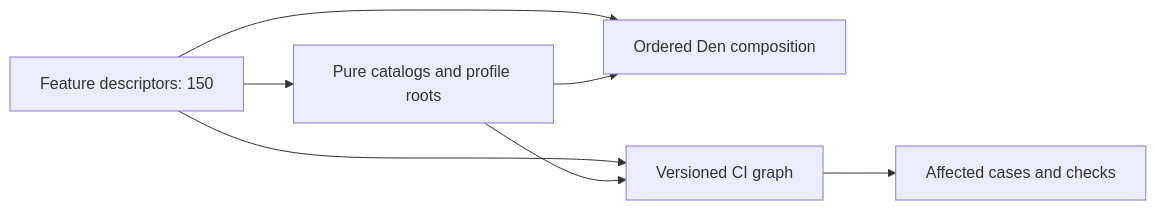
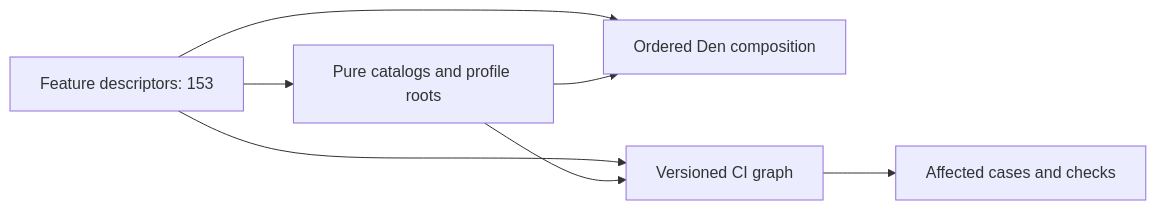
One commit to closure-labs/foundation changed the diagram in docs/ARCHITECTURE.md. Above: the diagram before and after it, drawn with Mermaid. The commit also changed other lines of this file and 20 other files, not shown here.

````diff
--- a/docs/ARCHITECTURE.md
+++ b/docs/ARCHITECTURE.md
@@ -4,9 +4,9 @@
 ```mermaid
 flowchart LR
-  F["Feature descriptors: 150"] --> C["Pure catalogs and profile roots"]
+  F["Feature descriptors: 153"] --> C["Pure catalogs and profile roots"]
   F --> D["Ordered Den composition"]
   F --> G["Versioned CI graph"]
   C --> D
   C --> G
   G --> CI["Affected cases and checks"]
 ```
````
